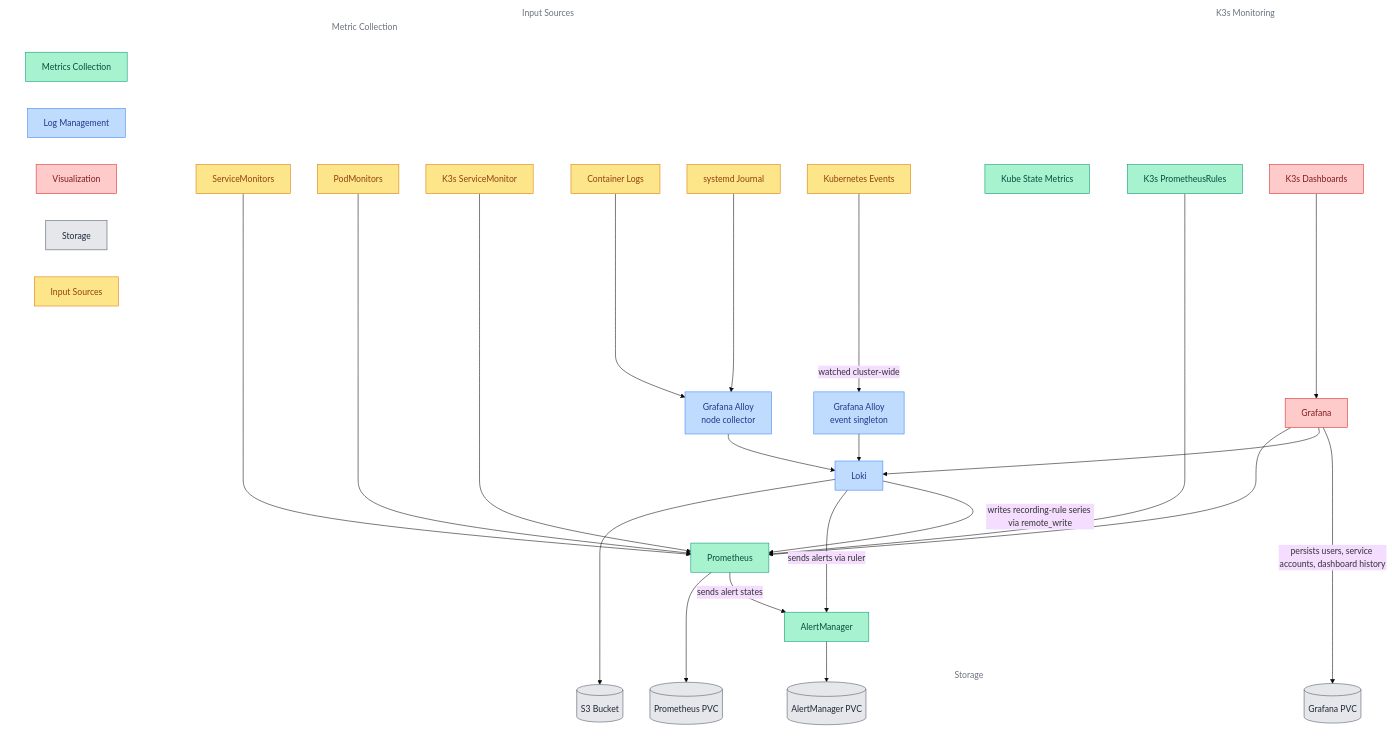
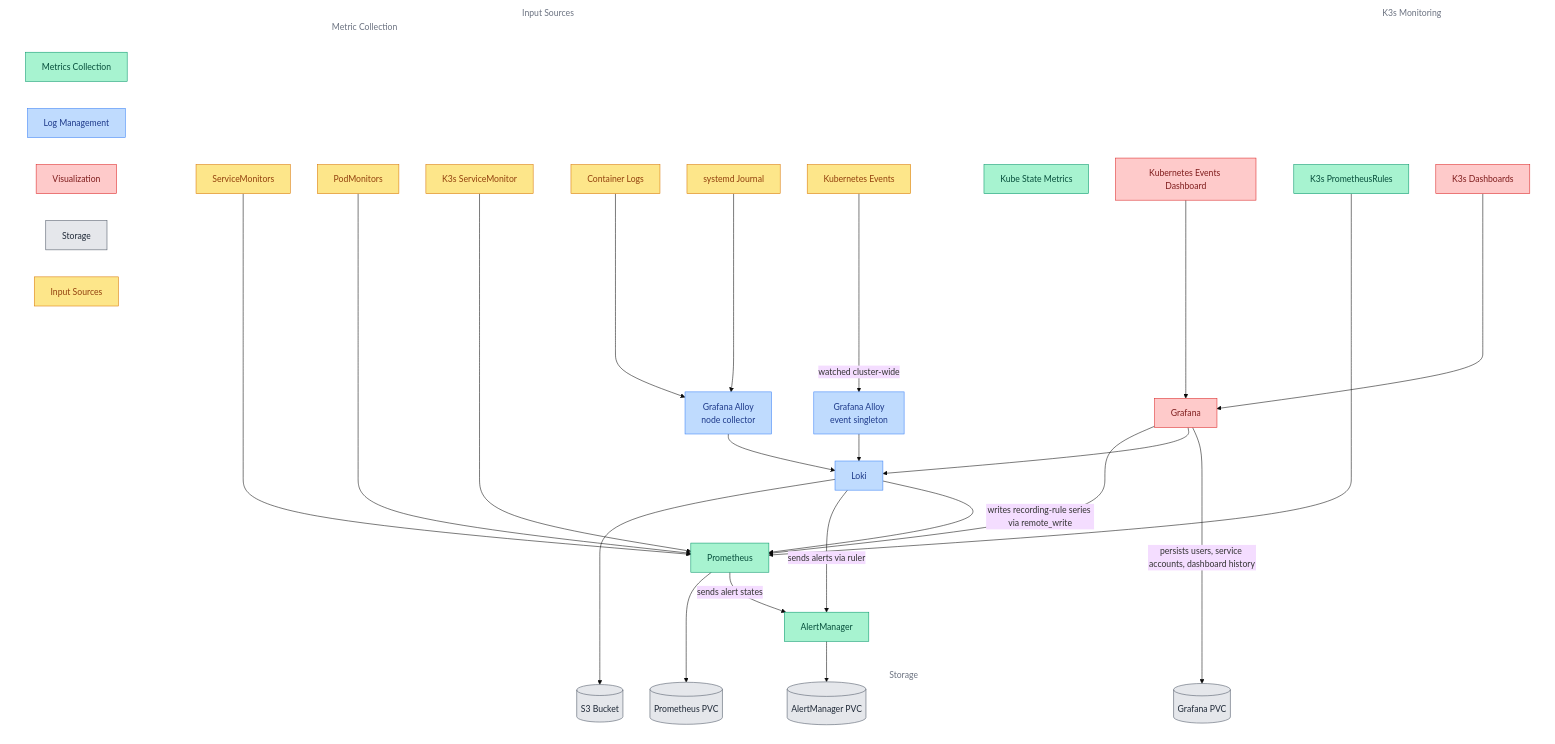
The diagram in infrastructure/subsystems/observability-core/README.md (ppat/homelab-ops-kubernetes-apps), drawn with Mermaid (base theme) before and after one commit. The commit also changed other lines of this file and 5 other files, not shown here.

```diff
--- a/infrastructure/subsystems/observability-core/README.md
+++ b/infrastructure/subsystems/observability-core/README.md
@@ -90,6 +91,7 @@
 
     %% Visualization
     grafana[Grafana]:::viz
+    events_dashboard[Kubernetes Events Dashboard]:::viz
 
     %% Storage
     subgraph storage[Storage]
@@ -118,6 +120,7 @@
     grafana --> loki
     grafana -- "persists users, service accounts, dashboard history" --> grafana_pvc
     k3s_dashboards --> grafana
+    events_dashboard --> grafana
 
     %% Simple legend
     subgraph Legend[" "]
```
